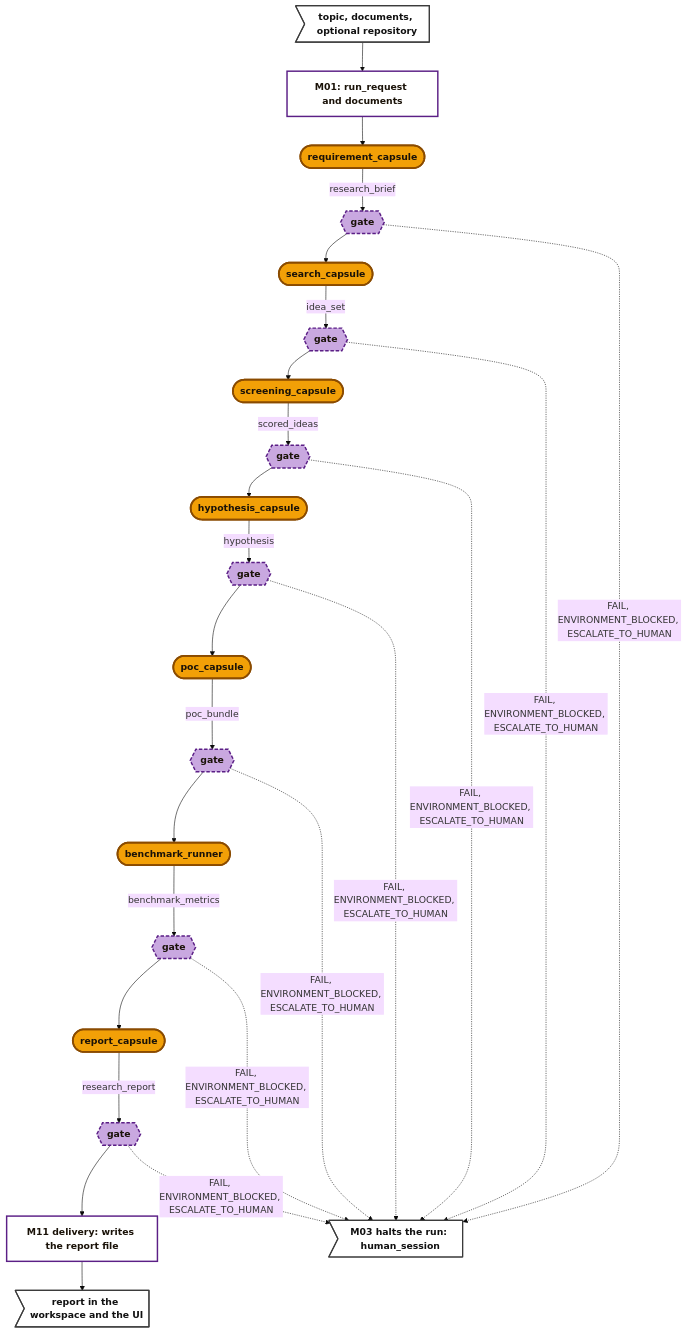
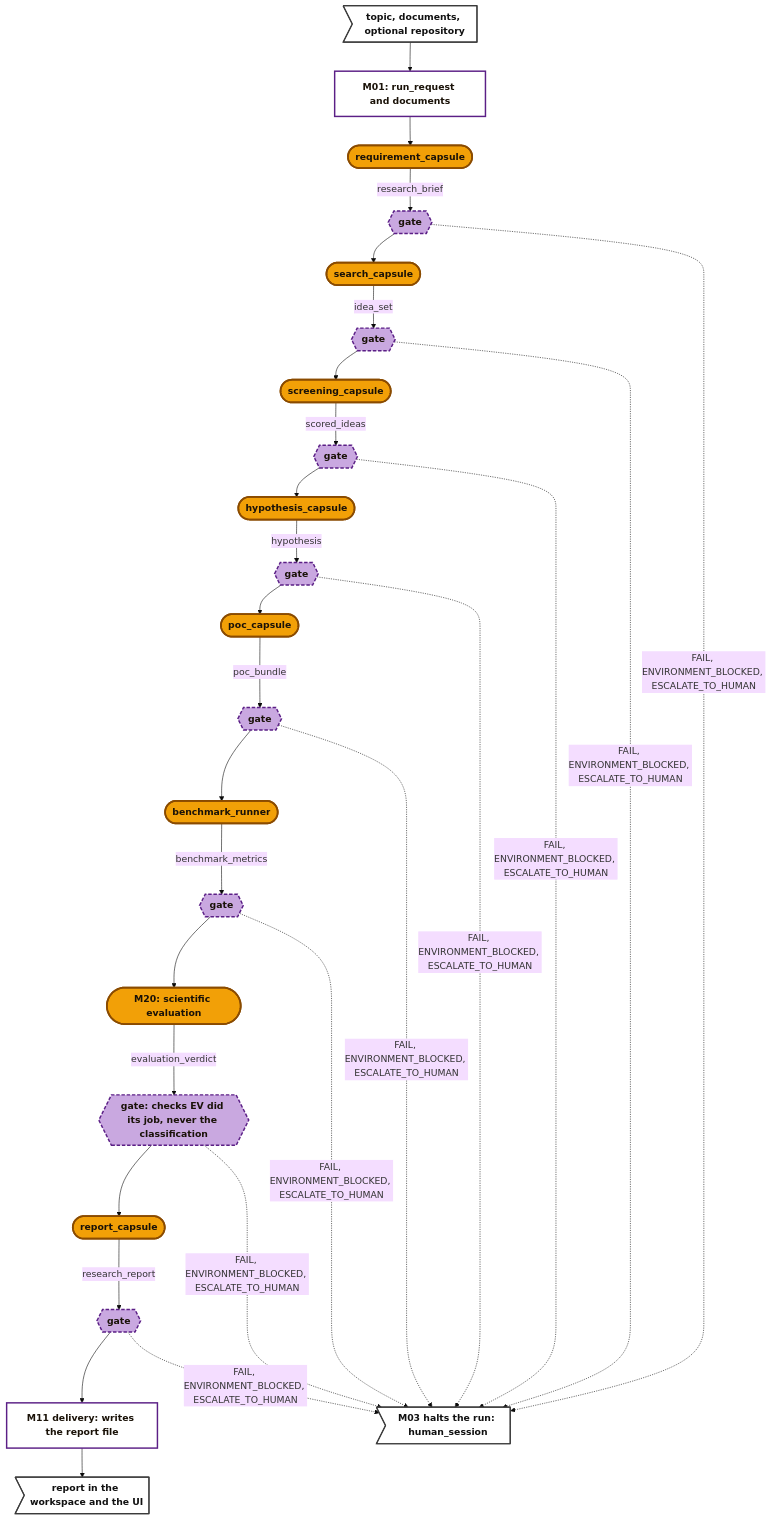
The second of 3 diagrams in docs/architecture/m1-architecture.md (Stellven/jiuwenswarm), drawn with Mermaid (base theme) before and after one commit. The commit also changed other lines of this file and 1 other file, not shown here.

````diff
--- a/docs/architecture/m1-architecture.md
+++ b/docs/architecture/m1-architecture.md
@@ -98,18 +99,19 @@
 ```mermaid
 flowchart TB
     IN>"topic, documents, optional repository"]:::ext --> L["M01: run_request and documents"]:::ctrl
     L --> RQ(["requirement_capsule"]):::cc -->|"research_brief"| G1{{"gate"}}:::gate
     G1 --> SE(["search_capsule"]):::cc -->|"idea_set"| G2{{"gate"}}:::gate
     G2 --> SC(["screening_capsule"]):::cc -->|"scored_ideas"| G3{{"gate"}}:::gate
     G3 --> HY(["hypothesis_capsule"]):::cc -->|"hypothesis"| G4{{"gate"}}:::gate
     G4 --> PO(["poc_capsule"]):::cc -->|"poc_bundle"| G5{{"gate"}}:::gate
     G5 --> BR(["benchmark_runner"]):::cc -->|"benchmark_metrics"| G6{{"gate"}}:::gate
-    G6 --> RP(["report_capsule"]):::cc -->|"research_report"| G7{{"gate"}}:::gate
+    G6 --> EV(["M20: scientific evaluation"]):::cc -->|"evaluation_verdict"| G6b{{"gate: checks EV did its job, never the classification"}}:::gate
+    G6b --> RP(["report_capsule"]):::cc -->|"research_report"| G7{{"gate"}}:::gate
     G7 --> D["M11 delivery: writes the report file"]:::ctrl --> OUT>"report in the workspace and the UI"]:::ext
-    G1 & G2 & G3 & G4 & G5 & G6 & G7 -.->|"FAIL, ENVIRONMENT_BLOCKED, ESCALATE_TO_HUMAN"| HS>"M03 halts the run: human_session"]:::ext
+    G1 & G2 & G3 & G4 & G5 & G6 & G6b & G7 -.->|"FAIL, ENVIRONMENT_BLOCKED, ESCALATE_TO_HUMAN"| HS>"M03 halts the run: human_session"]:::ext
 
     classDef cc fill:#F2A007,stroke:#8A4B00,stroke-width:3px,color:#1a1208,font-weight:bold
     classDef gate fill:#C9A8E0,stroke:#5B1F86,stroke-width:2.5px,stroke-dasharray:6 3,color:#1a1208,font-weight:bold
     classDef ctrl fill:#ffffff,stroke:#5B1F86,stroke-width:2.5px,color:#1a1208,font-weight:bold
     classDef ext fill:#ffffff,stroke:#3b3b3b,stroke-width:2px,color:#111111,font-weight:bold
 ```
````
